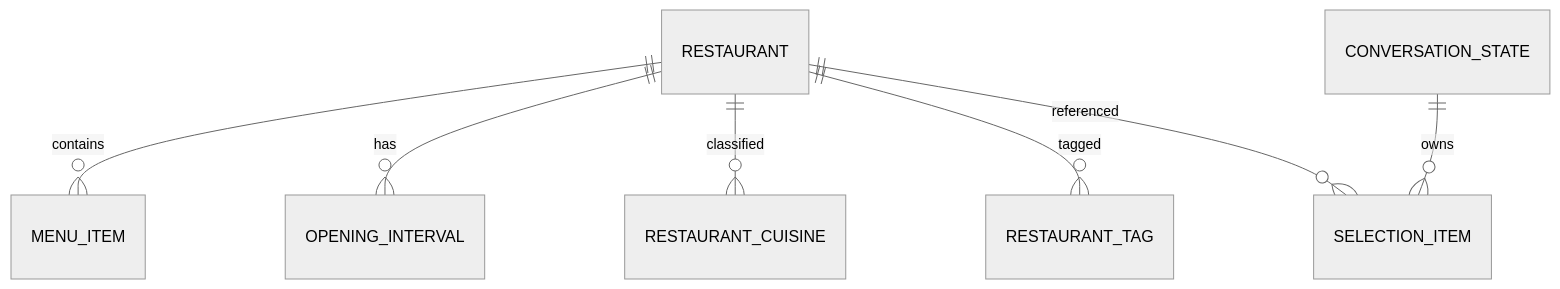
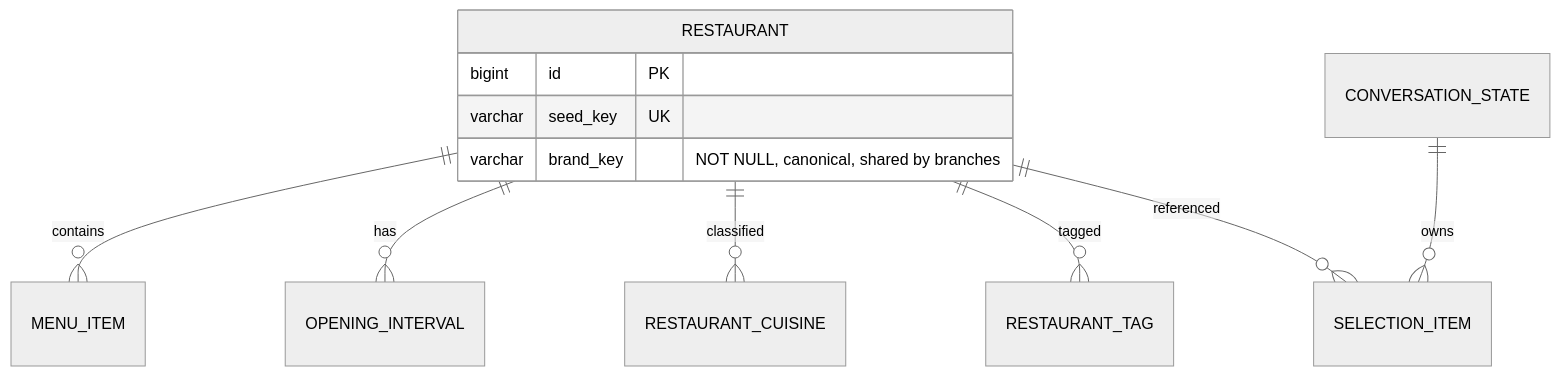
One commit to ilyakutarba-source/minsk-restaurant-ai-bot changed the diagram in docs/DATABASE.md. Above: the diagram before and after it, drawn with Mermaid (neutral theme). The commit also changed other lines of this file and 5 other files, not shown here.

````diff
--- a/docs/DATABASE.md
+++ b/docs/DATABASE.md
@@ -354,9 +371,14 @@
 ```mermaid
 erDiagram
+    RESTAURANT {
+        bigint id PK
+        varchar seed_key UK
+        varchar brand_key "NOT NULL, canonical, shared by branches"
+    }
     RESTAURANT ||--o{ MENU_ITEM : contains
     RESTAURANT ||--o{ OPENING_INTERVAL : has
     RESTAURANT ||--o{ RESTAURANT_CUISINE : classified
     RESTAURANT ||--o{ RESTAURANT_TAG : tagged
     CONVERSATION_STATE ||--o{ SELECTION_ITEM : owns
     RESTAURANT ||--o{ SELECTION_ITEM : referenced
 ```
````
